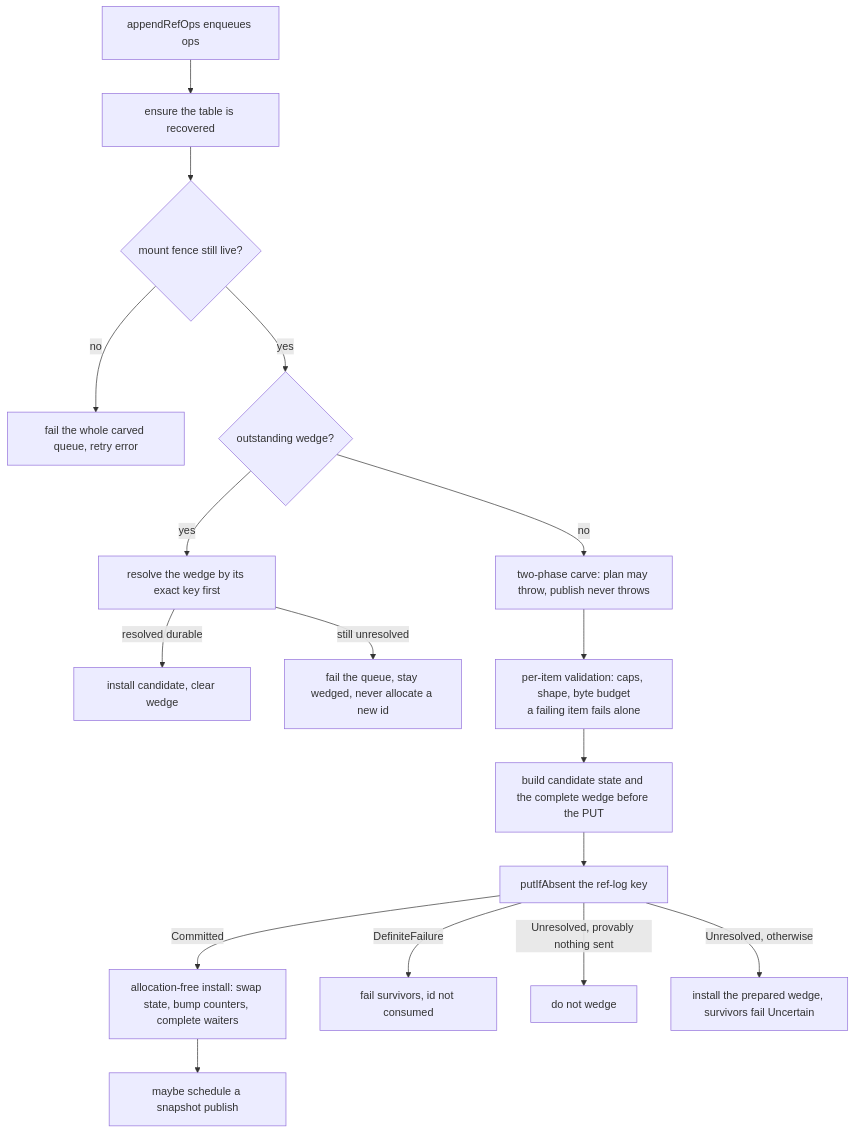
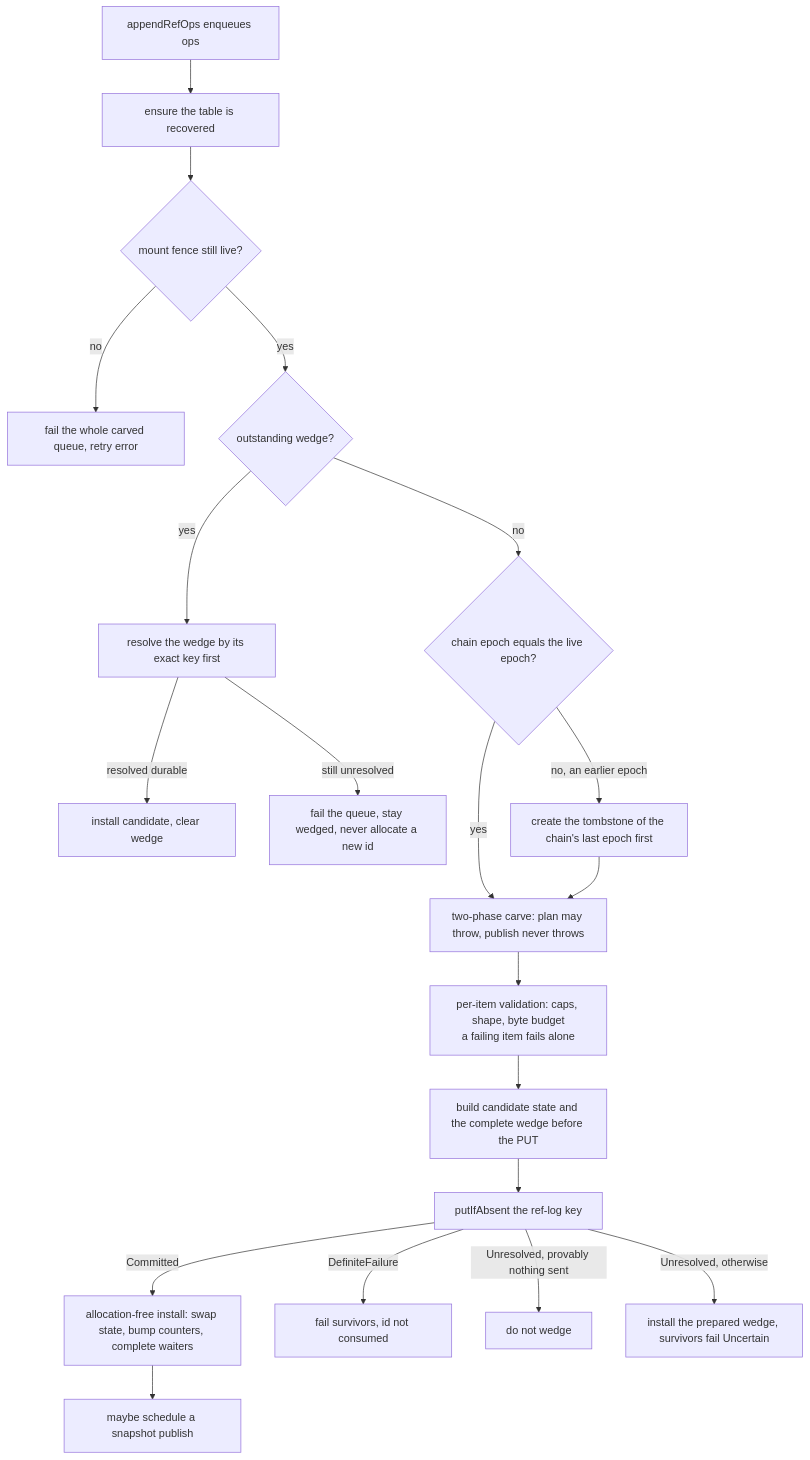
The third of 3 diagrams in docs/en/antalya/cas/architecture/manifests-and-refs.md (Altinity/ClickHouse), drawn with Mermaid before and after one commit. The commit also changed other lines of this file and 11 other files, not shown here.

````diff
--- a/docs/en/antalya/cas/architecture/manifests-and-refs.md
+++ b/docs/en/antalya/cas/architecture/manifests-and-refs.md
@@ -243,19 +246,22 @@
 ```mermaid
 flowchart TD
     Q["appendRefOps enqueues ops"] --> REC["ensure the table is recovered"]
     REC --> FEN{"mount fence still live?"}
     FEN -->|no| FAIL0["fail the whole carved queue, retry error"]
     FEN -->|yes| W{"outstanding wedge?"}
     W -->|yes| WR["resolve the wedge by its exact key first"]
     WR -->|resolved durable| INST0["install candidate, clear wedge"]
     WR -->|still unresolved| FAIL1["fail the queue, stay wedged, never allocate a new id"]
-    W -->|no| CARVE["two-phase carve: plan may throw, publish never throws"]
+    W -->|no| EP{"chain epoch equals the live epoch?"}
+    EP -->|"no, an earlier epoch"| TOMB["create the tombstone of the chain's last epoch first"]
+    EP -->|yes| CARVE
+    TOMB --> CARVE["two-phase carve: plan may throw, publish never throws"]
     CARVE --> VAL["per-item validation: caps, shape, byte budget<br/>a failing item fails alone"]
     VAL --> PREP["build candidate state and the complete wedge before the PUT"]
     PREP --> PUT["putIfAbsent the ref-log key"]
     PUT -->|Committed| OK["allocation-free install: swap state, bump counters, complete waiters"]
     PUT -->|DefiniteFailure| GAP["fail survivors, id not consumed"]
     PUT -->|"Unresolved, provably nothing sent"| NOSEND["do not wedge"]
     PUT -->|"Unresolved, otherwise"| WEDGE["install the prepared wedge, survivors fail Uncertain"]
     OK --> SNAP["maybe schedule a snapshot publish"]
 ```
````
